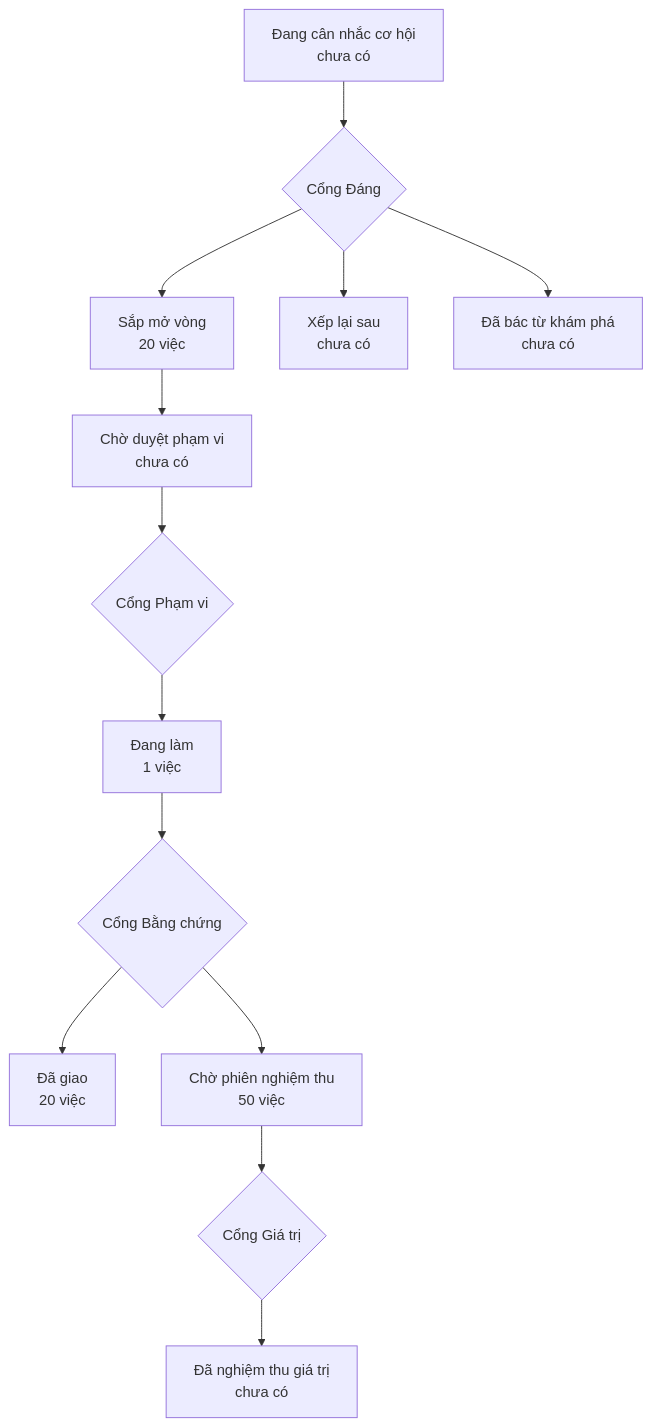
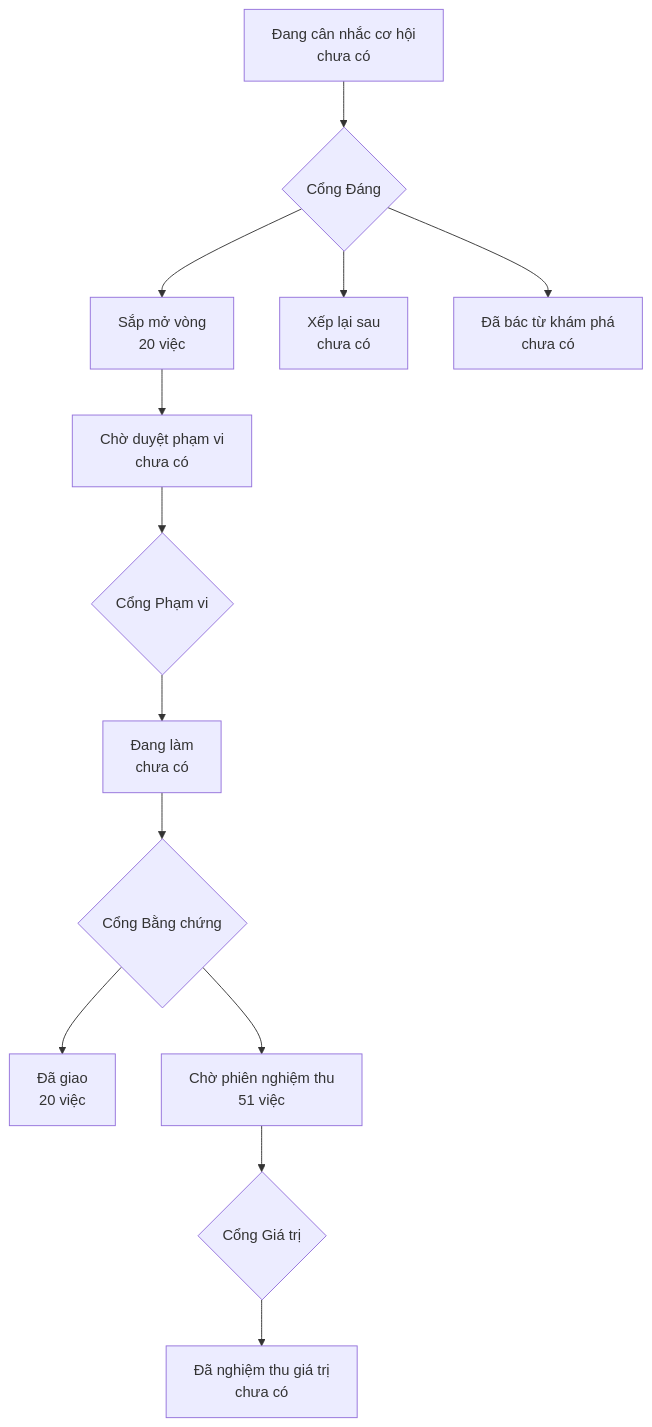
The diagram in PRODUCT-MAP.md (phanlemanh/onehub-quy-hang), drawn with Mermaid before and after one commit. The commit also changed other lines of this file and 44 other files, not shown here.

Commit message:
chore(ho-so-can-dien-thoai): S4 lượt 2 PASS — máy thông (machine-cleared), gói bằng chứng

````diff
--- a/PRODUCT-MAP.md
+++ b/PRODUCT-MAP.md
@@ -7,12 +7,12 @@
 ```mermaid
 flowchart TD
   A["Đang cân nhắc cơ hội<br/>chưa có"] --> GD{"Cổng Đáng"}
   GD --> B["Sắp mở vòng<br/>20 việc"]
   GD --> XL["Xếp lại sau<br/>chưa có"]
   GD --> DB["Đã bác từ khám phá<br/>chưa có"]
   B --> CD["Chờ duyệt phạm vi<br/>chưa có"] --> GP{"Cổng Phạm vi"}
-  GP --> DL["Đang làm<br/>1 việc"] --> GB{"Cổng Bằng chứng"}
+  GP --> DL["Đang làm<br/>chưa có"] --> GB{"Cổng Bằng chứng"}
   GB --> DG["Đã giao<br/>20 việc"]
-  GB --> CN["Chờ phiên nghiệm thu<br/>50 việc"] --> GG{"Cổng Giá trị"}
+  GB --> CN["Chờ phiên nghiệm thu<br/>51 việc"] --> GG{"Cổng Giá trị"}
   GG --> NT["Đã nghiệm thu giá trị<br/>chưa có"]
 ```
````
